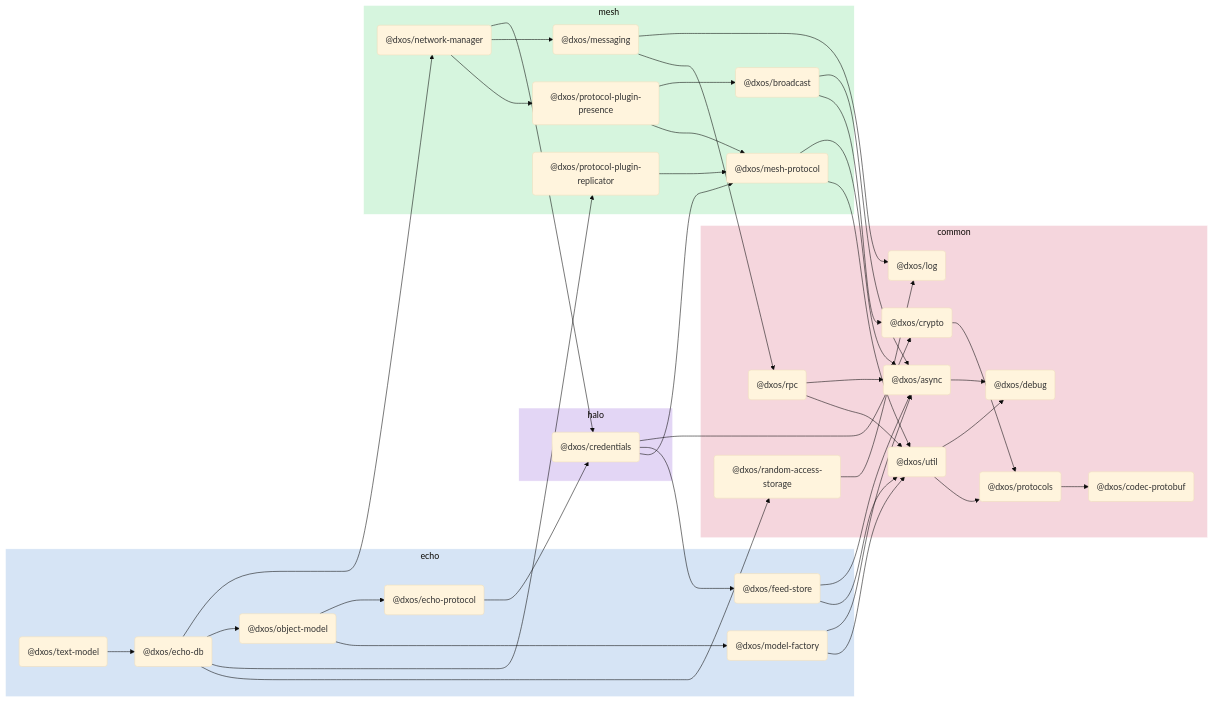
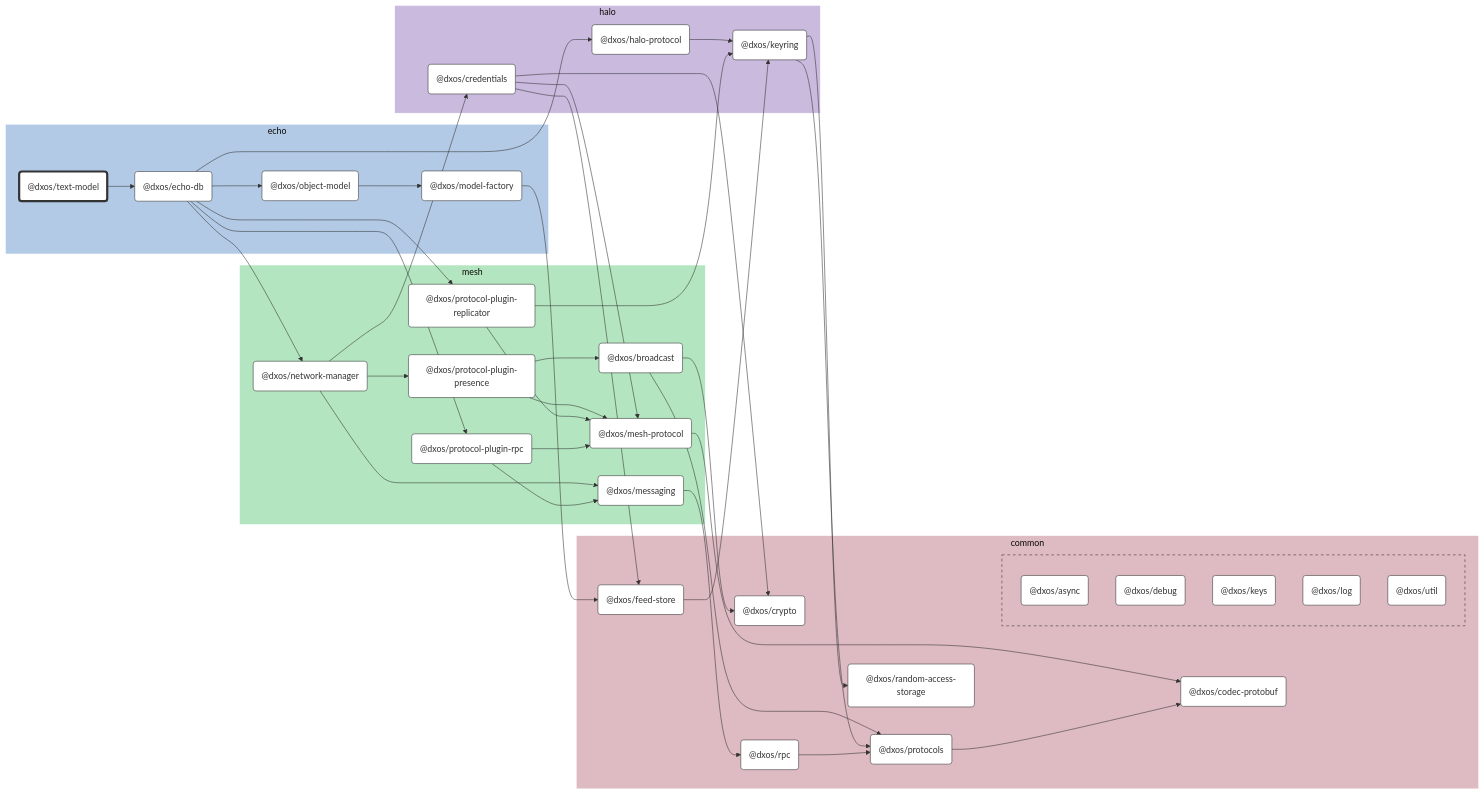
The diagram in packages/echo/text-model/docs/README.md (dxos/dxos), drawn with Mermaid (base theme) before and after one commit. The commit also changed other lines of this file and 89 other files, not shown here.

````diff
--- a/packages/echo/text-model/docs/README.md
+++ b/packages/echo/text-model/docs/README.md
@@ -5,77 +7,147 @@
 ```mermaid
-flowchart LR;
+%%{ init: {'flowchart':{'curve':'basis'}} }%%
 
+flowchart LR
+
+%% Links
+dxos/broadcast --> dxos/crypto;
+dxos/broadcast --> dxos/protocols;
+dxos/credentials --> dxos/crypto;
+dxos/credentials --> dxos/feed-store;
+dxos/credentials --> dxos/mesh-protocol;
+dxos/echo-db --> dxos/halo-protocol;
+dxos/echo-db --> dxos/network-manager;
+dxos/echo-db --> dxos/object-model;
+dxos/echo-db --> dxos/protocol-plugin-replicator;
+dxos/echo-db --> dxos/protocol-plugin-rpc;
+dxos/feed-store --> dxos/keyring;
+dxos/halo-protocol --> dxos/keyring;
+dxos/keyring --> dxos/protocols;
+dxos/keyring --> dxos/random-access-storage;
+dxos/mesh-protocol --> dxos/codec-protobuf;
+dxos/messaging --> dxos/rpc;
+dxos/model-factory --> dxos/feed-store;
+dxos/network-manager --> dxos/credentials;
+dxos/network-manager --> dxos/messaging;
+dxos/network-manager --> dxos/protocol-plugin-presence;
+dxos/object-model --> dxos/model-factory;
+dxos/protocol-plugin-presence --> dxos/broadcast;
+dxos/protocol-plugin-presence --> dxos/mesh-protocol;
+dxos/protocol-plugin-replicator --> dxos/keyring;
+dxos/protocol-plugin-replicator --> dxos/mesh-protocol;
+dxos/protocol-plugin-rpc --> dxos/mesh-protocol;
+dxos/protocol-plugin-rpc --> dxos/messaging;
+dxos/protocols --> dxos/codec-protobuf;
+dxos/rpc --> dxos/protocols;
+dxos/text-model --> dxos/echo-db;
+
+%% Sections
 subgraph echo
-  style echo fill:#d6e4f5,stroke:#fff;
-  dxos/text-model("@dxos/text-model");
-  dxos/echo-db("@dxos/echo-db");
-  dxos/feed-store("@dxos/feed-store");
-  dxos/echo-protocol("@dxos/echo-protocol");
-  dxos/model-factory("@dxos/model-factory");
-  dxos/object-model("@dxos/object-model");
+  style echo fill:#b3cae6,stroke:#fff;
+
+  dxos/echo-db("@dxos/echo-db")
+  dxos/model-factory("@dxos/model-factory")
+  dxos/object-model("@dxos/object-model")
+  dxos/text-model("@dxos/text-model")
 end
 
 subgraph common
-  style common fill:#f5d6dd,stroke:#fff;
-  dxos/codec-protobuf("@dxos/codec-protobuf");
-  dxos/log("@dxos/log");
-  dxos/async("@dxos/async");
-  dxos/debug("@dxos/debug");
-  dxos/crypto("@dxos/crypto");
-  dxos/protocols("@dxos/protocols");
-  dxos/util("@dxos/util");
-  dxos/rpc("@dxos/rpc");
-  dxos/random-access-storage("@dxos/random-access-storage");
+  style common fill:#debac2,stroke:#fff;
+
+  dxos/codec-protobuf("@dxos/codec-protobuf")
+  dxos/crypto("@dxos/crypto")
+  dxos/feed-store("@dxos/feed-store")
+  dxos/protocols("@dxos/protocols")
+  dxos/random-access-storage("@dxos/random-access-storage")
+  dxos/rpc("@dxos/rpc")
+
+  subgraph common-excluded [ ]
+    style common-excluded fill:#debac2,stroke:#333,stroke-dasharray:5 5;
+
+    dxos/async("@dxos/async")
+    dxos/debug("@dxos/debug")
+    dxos/keys("@dxos/keys")
+    dxos/log("@dxos/log")
+    dxos/util("@dxos/util")
+  end
 end
 
 subgraph halo
-  style halo fill:#e3d6f5,stroke:#fff;
-  dxos/credentials("@dxos/credentials");
+  style halo fill:#cabade,stroke:#fff;
+
+  dxos/credentials("@dxos/credentials")
+  dxos/halo-protocol("@dxos/halo-protocol")
+  dxos/keyring("@dxos/keyring")
 end
 
 subgraph mesh
-  style mesh fill:#d6f5de,stroke:#fff;
-  dxos/mesh-protocol("@dxos/mesh-protocol");
-  dxos/messaging("@dxos/messaging");
-  dxos/network-manager("@dxos/network-manager");
-  dxos/protocol-plugin-presence("@dxos/protocol-plugin-presence");
-  dxos/broadcast("@dxos/broadcast");
-  dxos/protocol-plugin-replicator("@dxos/protocol-plugin-replicator");
+  style mesh fill:#b3e6c0,stroke:#fff;
+
+  dxos/broadcast("@dxos/broadcast")
+  dxos/mesh-protocol("@dxos/mesh-protocol")
+  dxos/messaging("@dxos/messaging")
+  dxos/network-manager("@dxos/network-manager")
+  dxos/protocol-plugin-presence("@dxos/protocol-plugin-presence")
+  dxos/protocol-plugin-replicator("@dxos/protocol-plugin-replicator")
+  dxos/protocol-plugin-rpc("@dxos/protocol-plugin-rpc")
 end
 
-dxos/text-model --> dxos/echo-db;
-dxos/async --> dxos/debug;
-dxos/credentials --> dxos/crypto;
-dxos/crypto --> dxos/protocols;
-dxos/protocols --> dxos/codec-protobuf;
-dxos/credentials --> dxos/feed-store;
-dxos/feed-store --> dxos/async;
-dxos/feed-store --> dxos/util;
-dxos/util --> dxos/debug;
-dxos/util --> dxos/protocols;
-dxos/credentials --> dxos/mesh-protocol;
-dxos/mesh-protocol --> dxos/async;
-dxos/mesh-protocol --> dxos/util;
-dxos/echo-protocol --> dxos/credentials;
-dxos/messaging --> dxos/log;
-dxos/messaging --> dxos/rpc;
-dxos/rpc --> dxos/async;
-dxos/rpc --> dxos/util;
-dxos/model-factory --> dxos/async;
-dxos/model-factory --> dxos/util;
-dxos/echo-db --> dxos/network-manager;
-dxos/network-manager --> dxos/credentials;
-dxos/network-manager --> dxos/messaging;
-dxos/network-manager --> dxos/protocol-plugin-presence;
-dxos/protocol-plugin-presence --> dxos/broadcast;
-dxos/broadcast --> dxos/async;
-dxos/broadcast --> dxos/crypto;
-dxos/protocol-plugin-presence --> dxos/mesh-protocol;
-dxos/echo-db --> dxos/object-model;
-dxos/object-model --> dxos/echo-protocol;
-dxos/object-model --> dxos/model-factory;
-dxos/echo-db --> dxos/protocol-plugin-replicator;
-dxos/protocol-plugin-replicator --> dxos/mesh-protocol;
-dxos/echo-db --> dxos/random-access-storage;
-dxos/random-access-storage --> dxos/log;
+
+%% Hyperlinks
+click dxos/async "dxos/dxos/tree/main/packages/common/async/docs";
+click dxos/broadcast "dxos/dxos/tree/main/packages/mesh/broadcast/docs";
+click dxos/codec-protobuf "dxos/dxos/tree/main/packages/common/codec-protobuf/docs";
+click dxos/credentials "dxos/dxos/tree/main/packages/halo/credentials/docs";
+click dxos/crypto "dxos/dxos/tree/main/packages/common/crypto/docs";
+click dxos/debug "dxos/dxos/tree/main/packages/common/debug/docs";
+click dxos/echo-db "dxos/dxos/tree/main/packages/echo/echo-db/docs";
+click dxos/feed-store "dxos/dxos/tree/main/packages/common/feed-store/docs";
+click dxos/halo-protocol "dxos/dxos/tree/main/packages/halo/halo-protocol/docs";
+click dxos/keyring "dxos/dxos/tree/main/packages/halo/keyring/docs";
+click dxos/keys "dxos/dxos/tree/main/packages/common/keys/docs";
+click dxos/log "dxos/dxos/tree/main/packages/common/log/docs";
+click dxos/mesh-protocol "dxos/dxos/tree/main/packages/mesh/mesh-protocol/docs";
+click dxos/messaging "dxos/dxos/tree/main/packages/mesh/messaging/docs";
+click dxos/model-factory "dxos/dxos/tree/main/packages/echo/model-factory/docs";
+click dxos/network-manager "dxos/dxos/tree/main/packages/mesh/network-manager/docs";
+click dxos/object-model "dxos/dxos/tree/main/packages/echo/object-model/docs";
+click dxos/protocol-plugin-presence "dxos/dxos/tree/main/packages/mesh/protocol-plugin-presence/docs";
+click dxos/protocol-plugin-replicator "dxos/dxos/tree/main/packages/mesh/protocol-plugin-replicator/docs";
+click dxos/protocol-plugin-rpc "dxos/dxos/tree/main/packages/mesh/protocol-plugin-rpc/docs";
+click dxos/protocols "dxos/dxos/tree/main/packages/common/protocols/docs";
+click dxos/random-access-storage "dxos/dxos/tree/main/packages/common/random-access-storage/docs";
+click dxos/rpc "dxos/dxos/tree/main/packages/common/rpc/docs";
+click dxos/util "dxos/dxos/tree/main/packages/common/util/docs";
+
+%% Styles
+classDef rootNode fill:#fff,stroke:#333,stroke-width:4px
+classDef defaultNode fill:#fff,stroke:#333,stroke-width:1px
+linkStyle default stroke:#333,stroke-width:1px
+
+dxos/text-model:::rootNode
+
+dxos/async:::defaultNode
+dxos/broadcast:::defaultNode
+dxos/codec-protobuf:::defaultNode
+dxos/credentials:::defaultNode
+dxos/crypto:::defaultNode
+dxos/debug:::defaultNode
+dxos/echo-db:::defaultNode
+dxos/feed-store:::defaultNode
+dxos/halo-protocol:::defaultNode
+dxos/keyring:::defaultNode
+dxos/keys:::defaultNode
+dxos/log:::defaultNode
+dxos/mesh-protocol:::defaultNode
+dxos/messaging:::defaultNode
+dxos/model-factory:::defaultNode
+dxos/network-manager:::defaultNode
+dxos/object-model:::defaultNode
+dxos/protocol-plugin-presence:::defaultNode
+dxos/protocol-plugin-replicator:::defaultNode
+dxos/protocol-plugin-rpc:::defaultNode
+dxos/protocols:::defaultNode
+dxos/random-access-storage:::defaultNode
+dxos/rpc:::defaultNode
+dxos/util:::defaultNode
 ```
````
